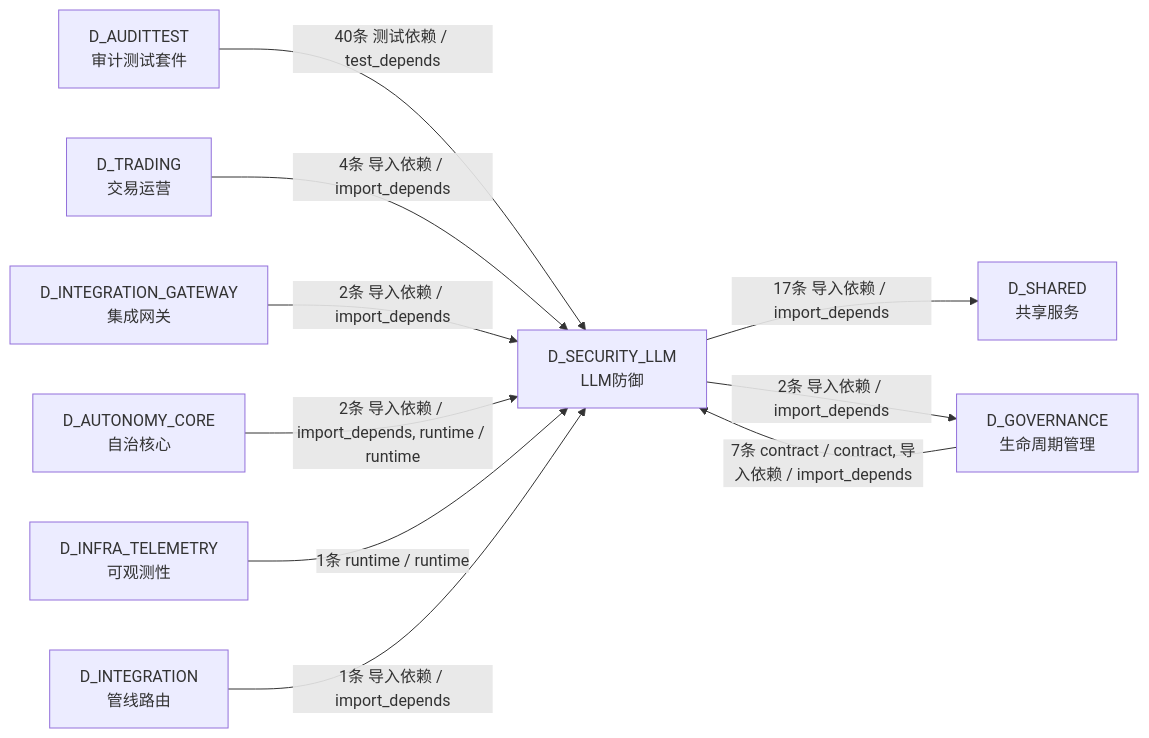
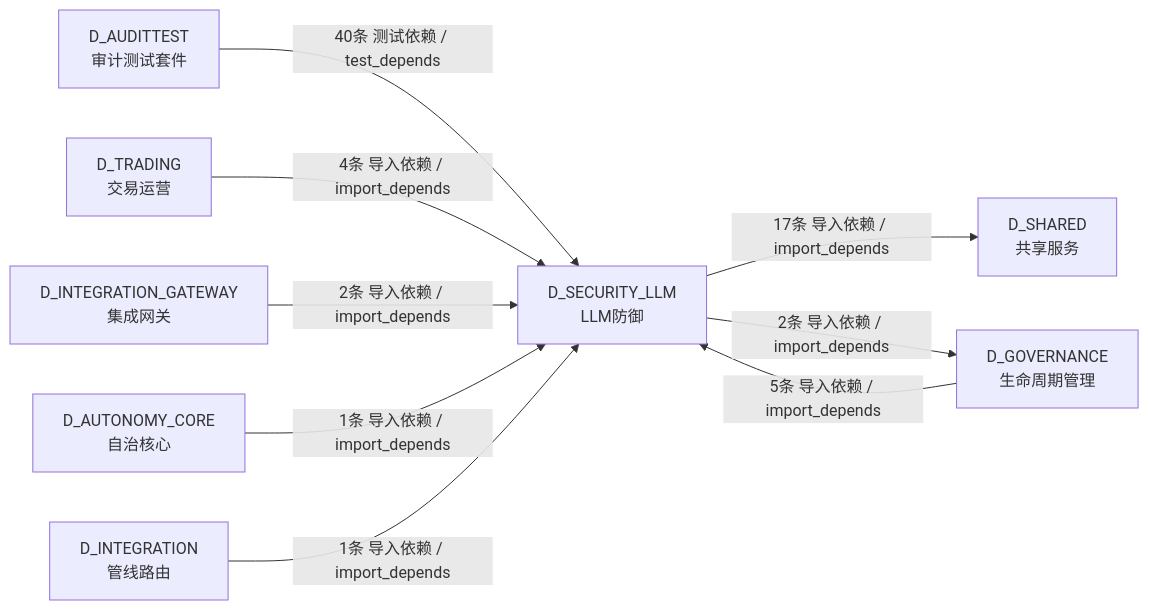
The fifth of 5 diagrams in docs/02_enterprise_architecture/02_domain_architecture_docs/18_d_security_llm.md (xuanFelixVan/ZephyrAlpha), drawn with Mermaid before and after one commit. The commit also changed other lines of this file and 99 other files, not shown here.

````diff
--- a/docs/02_enterprise_architecture/02_domain_architecture_docs/18_d_security_llm.md
+++ b/docs/02_enterprise_architecture/02_domain_architecture_docs/18_d_security_llm.md
@@ -520,21 +516,19 @@
 ```mermaid
 graph LR
     D_SECURITY_LLM["D_SECURITY_LLM<br/>LLM防御"]
     D_SHARED["D_SHARED<br/>共享服务"]
     D_GOVERNANCE["D_GOVERNANCE<br/>生命周期管理"]
     D_AUDITTEST["D_AUDITTEST<br/>审计测试套件"]
     D_TRADING["D_TRADING<br/>交易运营"]
     D_INTEGRATION_GATEWAY["D_INTEGRATION_GATEWAY<br/>集成网关"]
     D_AUTONOMY_CORE["D_AUTONOMY_CORE<br/>自治核心"]
-    D_INFRA_TELEMETRY["D_INFRA_TELEMETRY<br/>可观测性"]
     D_INTEGRATION["D_INTEGRATION<br/>管线路由"]
     D_SECURITY_LLM -->|17条 导入依赖 / import_depends| D_SHARED
     D_SECURITY_LLM -->|2条 导入依赖 / import_depends| D_GOVERNANCE
     D_AUDITTEST -->|40条 测试依赖 / test_depends| D_SECURITY_LLM
-    D_GOVERNANCE -->|7条 contract / contract, 导入依赖 / import_depends| D_SECURITY_LLM
+    D_GOVERNANCE -->|5条 导入依赖 / import_depends| D_SECURITY_LLM
     D_TRADING -->|4条 导入依赖 / import_depends| D_SECURITY_LLM
     D_INTEGRATION_GATEWAY -->|2条 导入依赖 / import_depends| D_SECURITY_LLM
-    D_AUTONOMY_CORE -->|2条 导入依赖 / import_depends, runtime / runtime| D_SECURITY_LLM
-    D_INFRA_TELEMETRY -->|1条 runtime / runtime| D_SECURITY_LLM
+    D_AUTONOMY_CORE -->|1条 导入依赖 / import_depends| D_SECURITY_LLM
     D_INTEGRATION -->|1条 导入依赖 / import_depends| D_SECURITY_LLM
 ```
````
